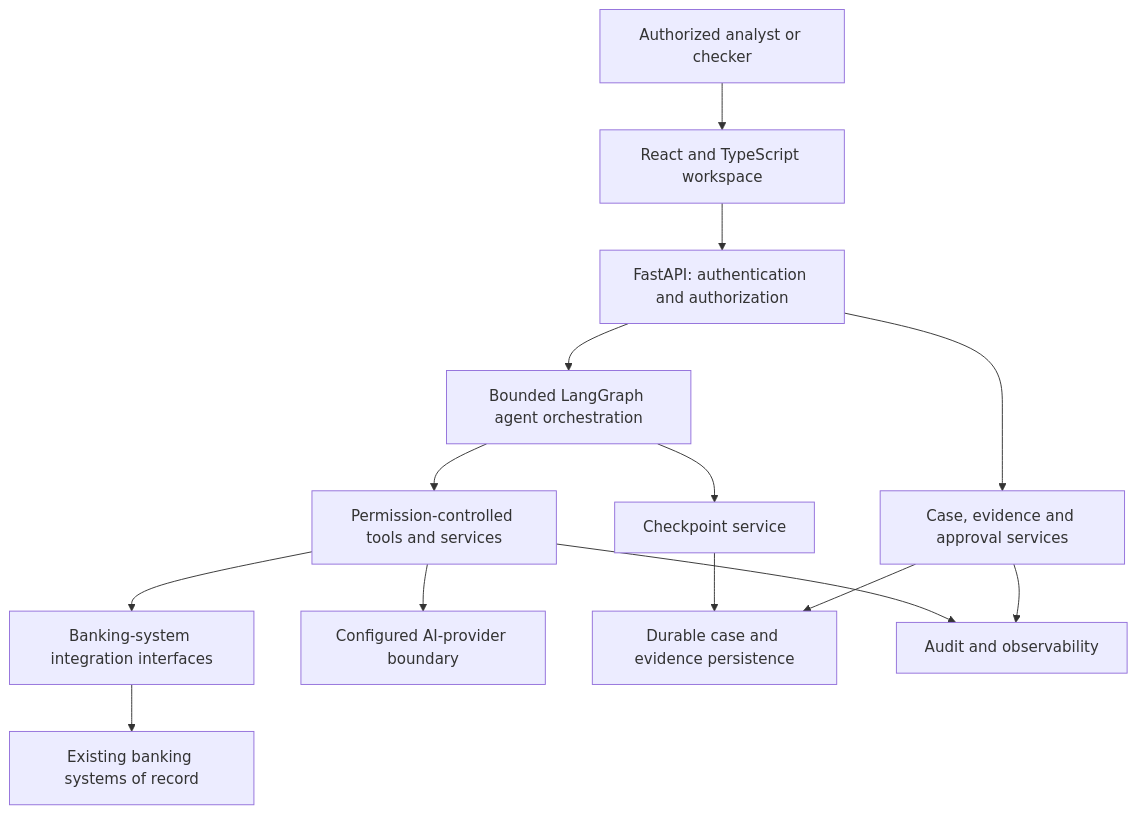
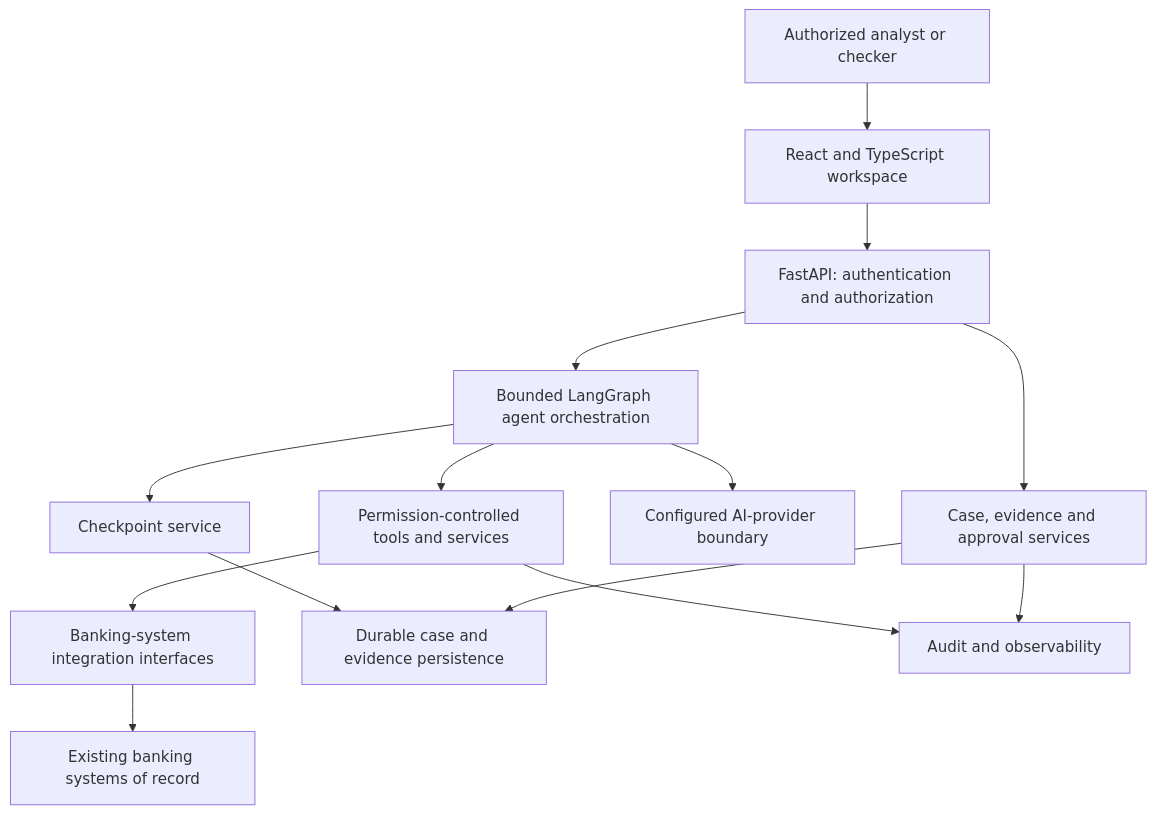
One commit to latentcue65-lab/FinSentry-AI-Demo changed the diagram in docs/ARCHITECTURE.md. Above: the diagram before and after it, drawn with Mermaid.

Commit message:
docs: clarify the agent runtime model-provider boundary

````diff
--- a/docs/ARCHITECTURE.md
+++ b/docs/ARCHITECTURE.md
@@ -11,16 +11,16 @@
 ```mermaid
 flowchart TD
     Analyst[Authorized analyst or checker] --> UI[React and TypeScript workspace]
     UI --> API[FastAPI: authentication and authorization]
     API --> Cases[Case, evidence and approval services]
     API --> Runtime[Bounded LangGraph agent orchestration]
     Runtime --> Tools[Permission-controlled tools and services]
     Tools --> Adapters[Banking-system integration interfaces]
     Adapters --> Systems[Existing banking systems of record]
-    Tools --> AI[Configured AI-provider boundary]
+    Runtime --> AI[Configured AI-provider boundary]
     Cases --> Store[Durable case and evidence persistence]
     Runtime --> Checkpoints[Checkpoint service]
     Checkpoints --> Store
     Cases --> Audit[Audit and observability]
     Tools --> Audit
 ```
````
